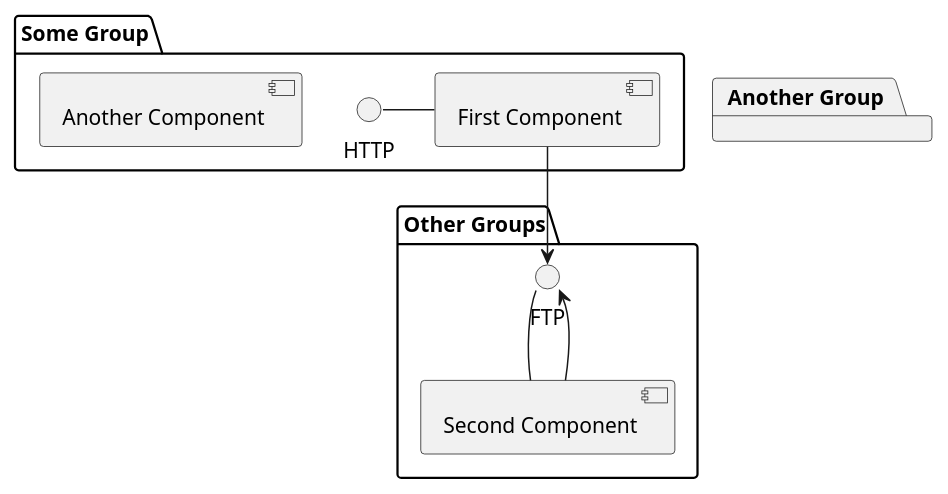
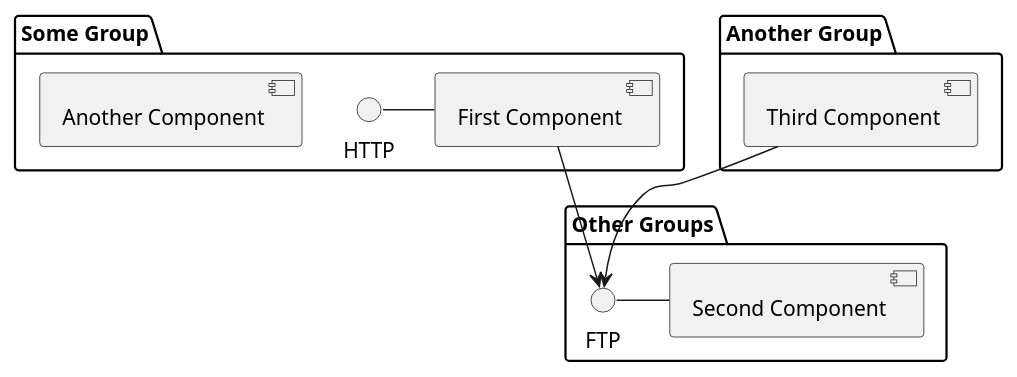
One commit to pcoliveirax/diagrams changed the diagram in test.puml. Above: the diagram before and after it, drawn with PlantUML.

Commit message:
Add new package 2

```diff
--- a/test.puml
+++ b/test.puml
@@ -1,19 +1,19 @@
 @startuml
 
 package "Some Group" {
   HTTP - [First Component]
   [Another Component]
 }
 
 package "Other Groups" {
   FTP - [Second Component]
 
   [First Component] --> FTP
 
 }
 
 package "Another Group" {
-  [Second Component] --> FTP
+  [Third Component] --> FTP
 }
 
 @enduml
```
